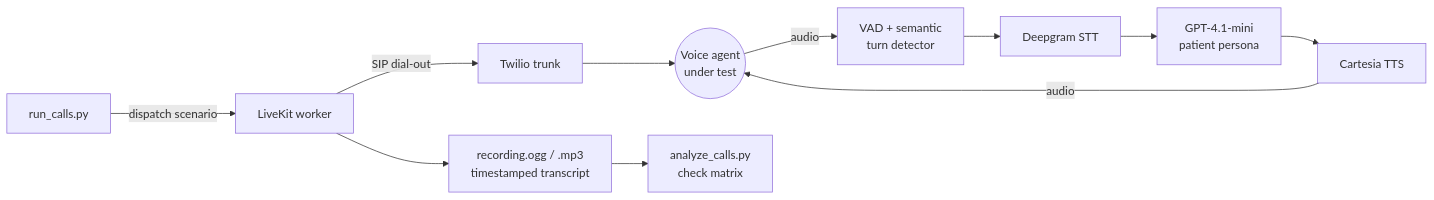
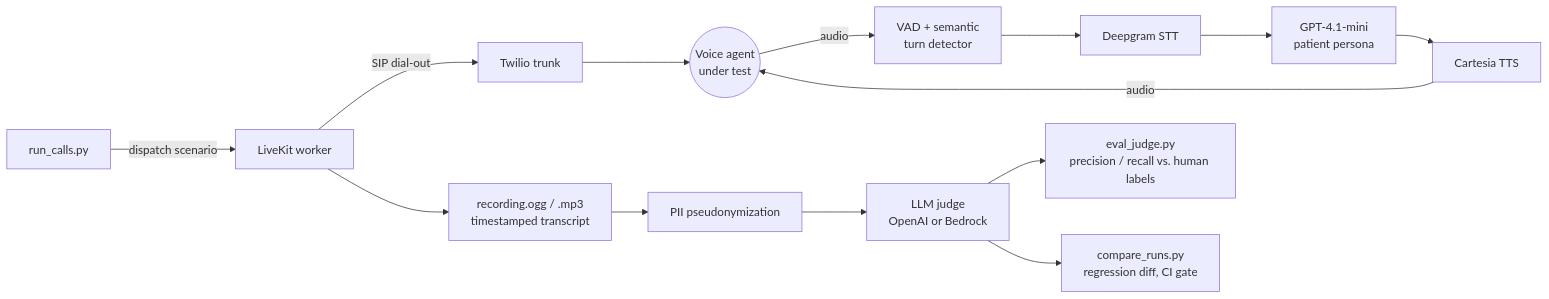
The diagram in README.md (yding-lab/LLM-voice-agent-eval), drawn with Mermaid before and after one commit. The commit also changed other lines of this file and 24 other files, not shown here.

First line of the commit message:
Evaluate the evaluator: judge metrics, v2 judge, PII redaction, Bedrock, regression diff

````diff
--- a/README.md
+++ b/README.md
@@ -9,8 +9,10 @@
 ```mermaid
 flowchart LR
     R[run_calls.py] -->|dispatch scenario| W[LiveKit worker]
     W -->|SIP dial-out| T[Twilio trunk] --> A((Voice agent<br/>under test))
     A -->|audio| V[VAD + semantic<br/>turn detector] --> S[Deepgram STT] --> L[GPT-4.1-mini<br/>patient persona] --> C[Cartesia TTS] -->|audio| A
     W --> O[recording.ogg / .mp3<br/>timestamped transcript]
-    O --> Q[analyze_calls.py<br/>check matrix]
+    O --> P[PII pseudonymization] --> Q[LLM judge<br/>OpenAI or Bedrock]
+    Q --> E[eval_judge.py<br/>precision / recall vs. human labels]
+    Q --> D[compare_runs.py<br/>regression diff, CI gate]
 ```
````
